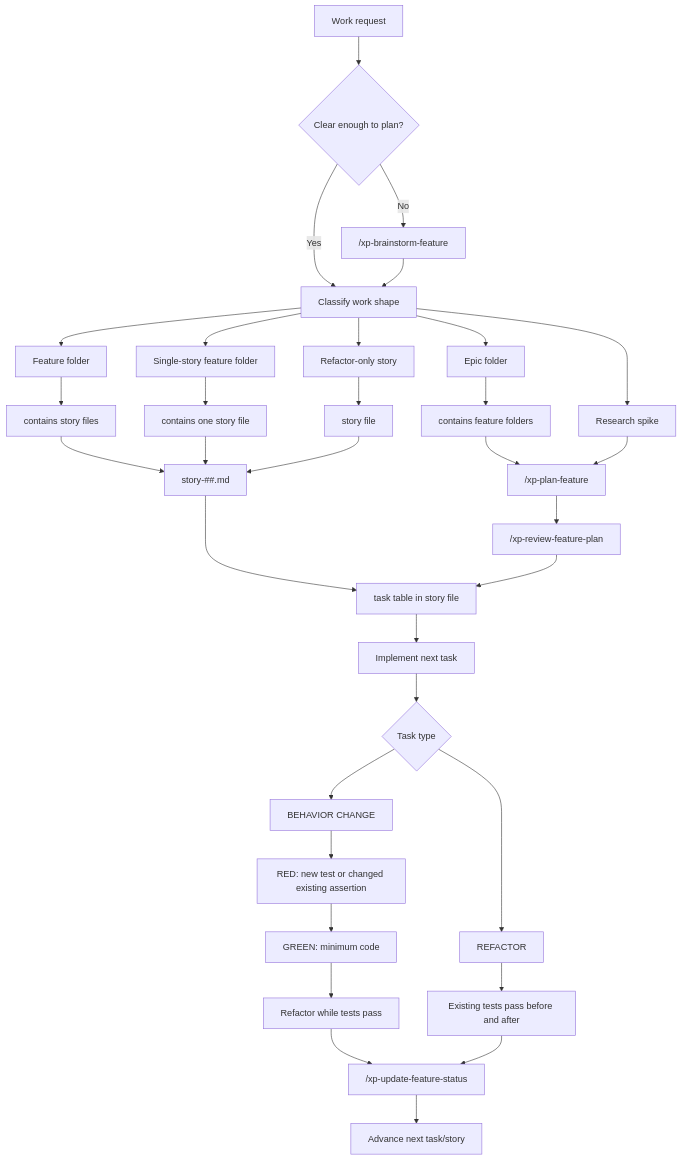
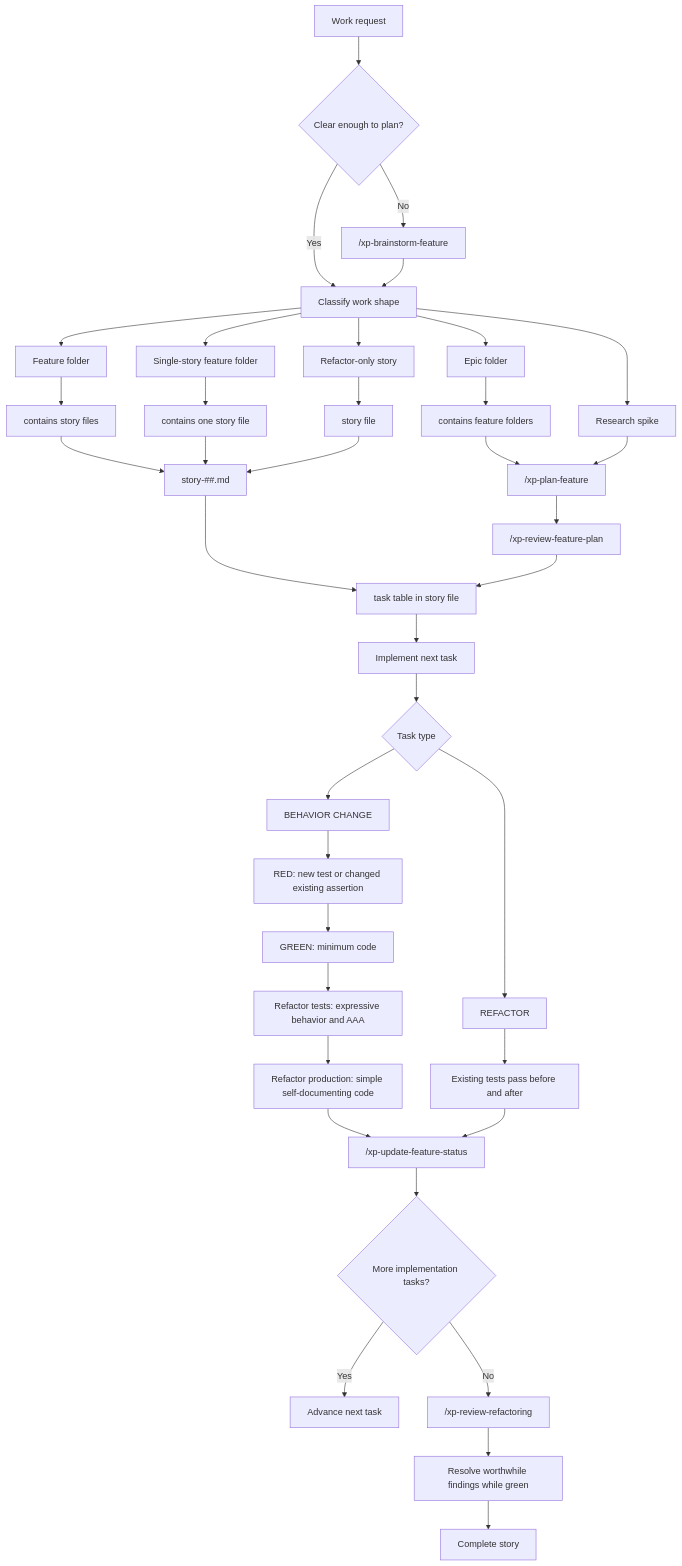
Before and after one commit to pablougaz/xp-agent-workflow: the diagram in docs/workflow-usage.md, drawn with Mermaid. The commit also changed other lines of this file and 10 other files, not shown here.

Commit message:
Add XP story-end refactoring review

````diff
--- a/docs/workflow-usage.md
+++ b/docs/workflow-usage.md
@@ -21,35 +22,40 @@
 ```mermaid
 flowchart TD
     Start["Work request"] --> Brain{"Clear enough to plan?"}
     Brain -->|No| Brainstorm["/xp-brainstorm-feature"]
     Brain -->|Yes| Shape["Classify work shape"]
     Brainstorm --> Shape
     Shape --> Epic["Epic folder"]
     Epic --> EpicFeatures["contains feature folders"]
     Shape --> Feature["Feature folder"]
     Shape --> Single["Single-story feature folder"]
     Shape --> RefactorOnly["Refactor-only story"]
     Shape --> Spike["Research spike"]
     EpicFeatures --> Plan["/xp-plan-feature"]
     Feature --> Stories["contains story files"]
     Single --> OneStory["contains one story file"]
     RefactorOnly --> RefactorStory["story file"]
     Stories --> Story["story-##.md"]
     OneStory --> Story
     RefactorStory --> Story
     Story --> TaskTable["task table in story file"]
     Spike --> Plan
     Plan --> Review["/xp-review-feature-plan"]
     Review --> TaskTable
     TaskTable --> Execute["Implement next task"]
     Execute --> TaskType{"Task type"}
     TaskType --> Behavior["BEHAVIOR CHANGE"]
     TaskType --> Refactor["REFACTOR"]
     Behavior --> Red["RED: new test or changed existing assertion"]
     Red --> Green["GREEN: minimum code"]
-    Green --> Cleanup["Refactor while tests pass"]
+    Green --> TestCleanup["Refactor tests: expressive behavior and AAA"]
+    TestCleanup --> CodeCleanup["Refactor production: simple self-documenting code"]
     Refactor --> Preserve["Existing tests pass before and after"]
-    Cleanup --> Status["/xp-update-feature-status"]
+    CodeCleanup --> Status["/xp-update-feature-status"]
     Preserve --> Status
-    Status --> Next["Advance next task/story"]
+    Status --> More{"More implementation tasks?"}
+    More -->|Yes| Next["Advance next task"]
+    More -->|No| FinalReview["/xp-review-refactoring"]
+    FinalReview --> Resolve["Resolve worthwhile findings while green"]
+    Resolve --> Complete["Complete story"]
 ```
````
